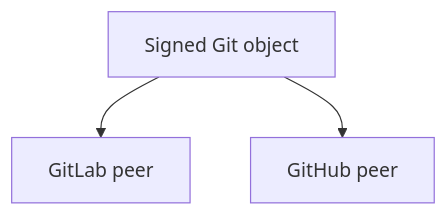
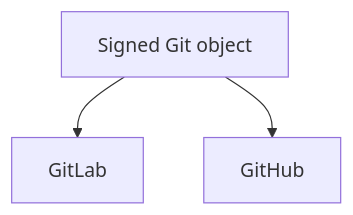
The diagram in docs/operations/forge-operations.md (HengYangDS/aigw-cli), drawn with Mermaid before and after one commit. The commit also changed 3 other files, not shown here.

Commit message:
docs: verify hosted rendering and narrow diagram scope

````diff
--- a/docs/operations/forge-operations.md
+++ b/docs/operations/forge-operations.md
@@ -5,7 +5,7 @@
 ```mermaid
 flowchart TB
     accTitle: Independent publication from one signed product identity
     accDescr: Local Git constructs the product object once. Each selected Forge receives that same object independently; neither peer authorizes the other.
-    Local["Signed Git object"] --> GitLab[GitLab peer]
-    Local --> GitHub[GitHub peer]
+    Local["Signed Git object"] --> GitLab[GitLab]
+    Local --> GitHub[GitHub]
 ```
````
